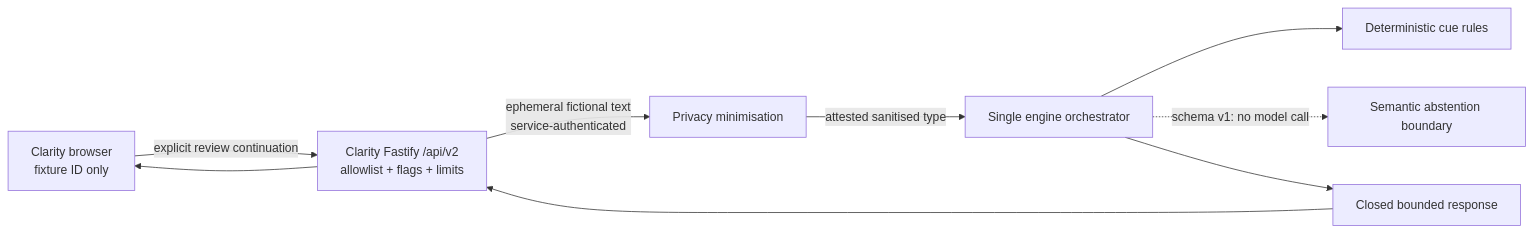
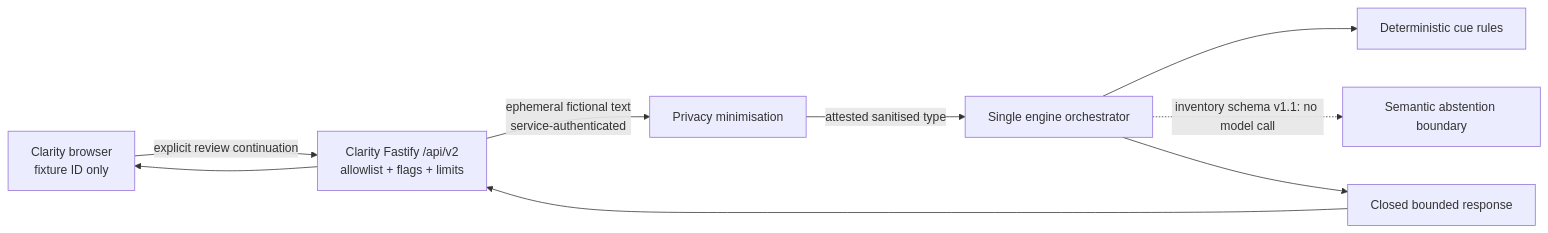
Before and after one commit to keithtgrehan/clarity-ai-transparent-dating: the diagram in docs/architecture/CLARITY_SIGNAL_ENGINE_BOUNDARY.md, drawn with Mermaid. The commit also changed other lines of this file and 84 other files, not shown here.

````diff
--- a/docs/architecture/CLARITY_SIGNAL_ENGINE_BOUNDARY.md
+++ b/docs/architecture/CLARITY_SIGNAL_ENGINE_BOUNDARY.md
@@ -18,11 +18,11 @@
 ```mermaid
 flowchart LR
   B["Clarity browser\nfixture ID only"] -->|"explicit review continuation"| A["Clarity Fastify /api/v2\nallowlist + flags + limits"]
   A -->|"ephemeral fictional text\nservice-authenticated"| P["Privacy minimisation"]
   P -->|"attested sanitised type"| O["Single engine orchestrator"]
   O --> D["Deterministic cue rules"]
-  O -. "schema v1: no model call" .-> S["Semantic abstention boundary"]
+  O -. "inventory schema v1.1: no model call" .-> S["Semantic abstention boundary"]
   O --> R["Closed bounded response"]
   R --> A
   A --> B
 ```
````
